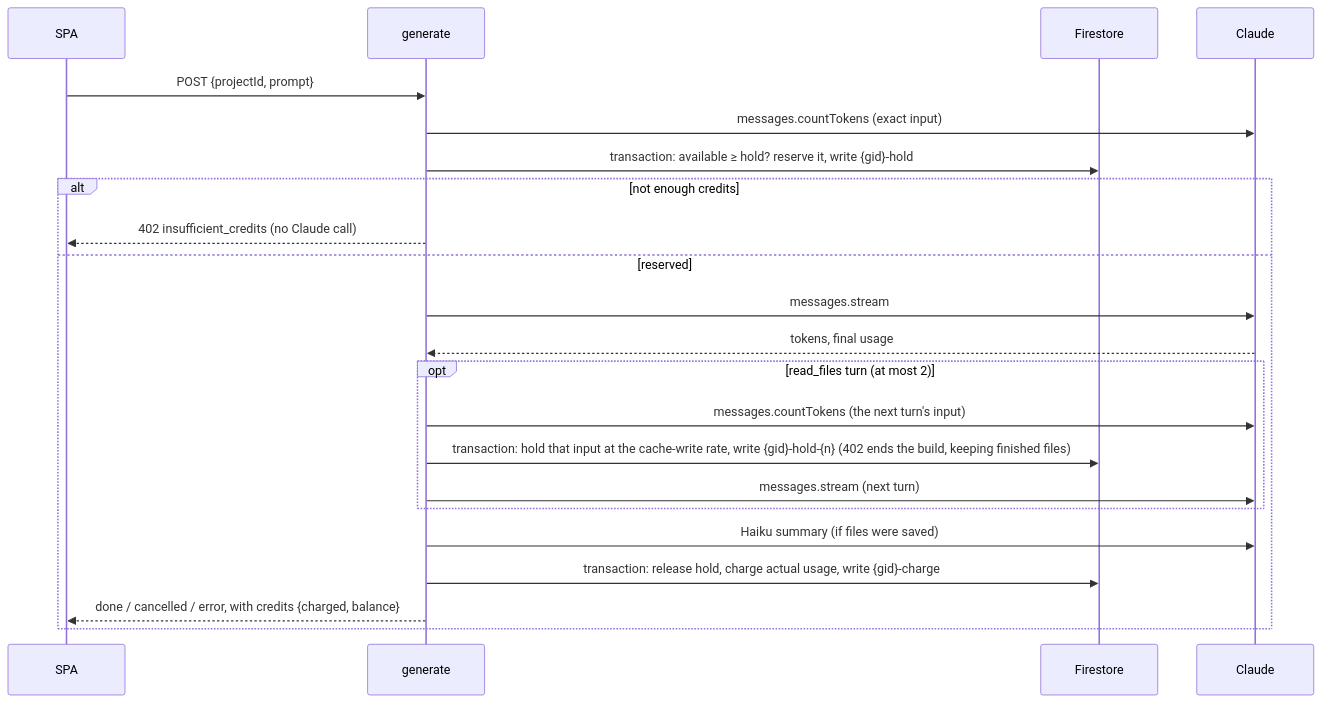
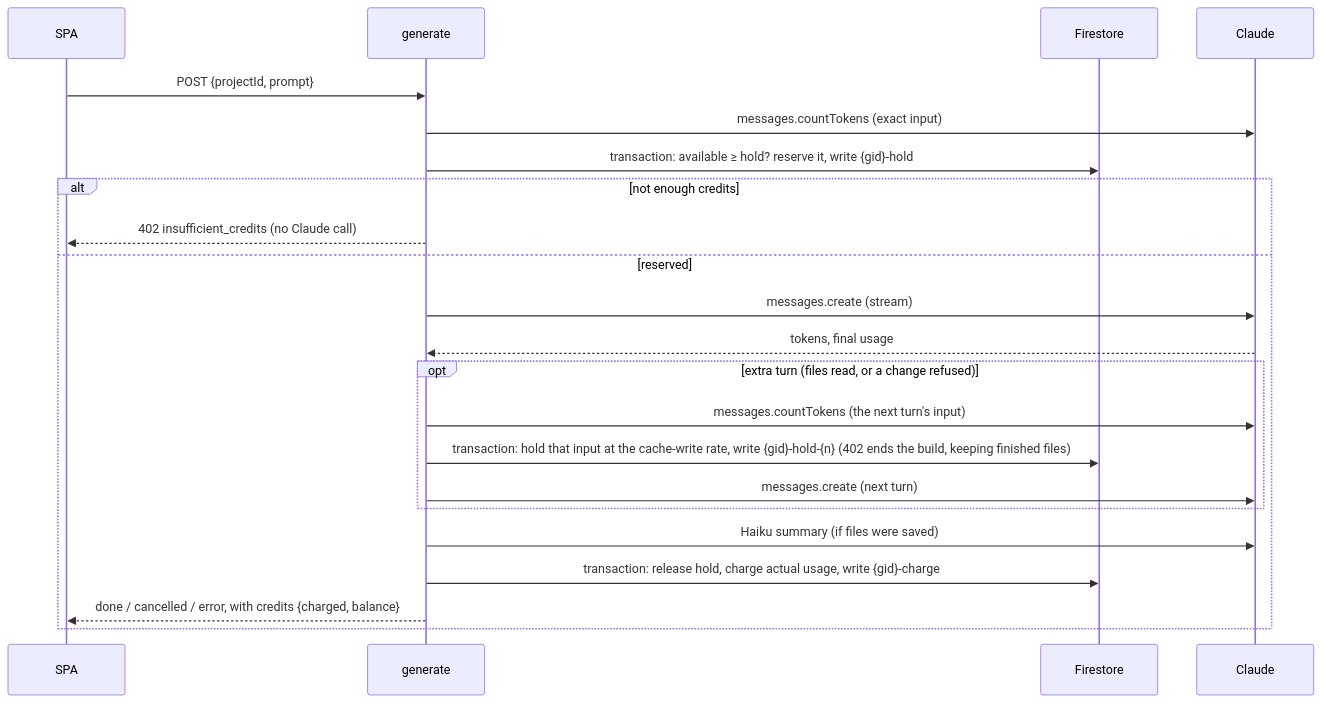
Before and after one commit to nirmalbenny/genesis: the fifth of 6 diagrams in docs/ARCHITECTURE.md, drawn with Mermaid. The commit also changed other lines of this file and 41 other files, not shown here.

````diff
--- a/docs/ARCHITECTURE.md
+++ b/docs/ARCHITECTURE.md
@@ -416,24 +425,24 @@
 ```mermaid
 sequenceDiagram
   participant SPA
   participant G as generate
   participant FS as Firestore
   participant CL as Claude
   SPA->>G: POST {projectId, prompt}
   G->>CL: messages.countTokens (exact input)
   G->>FS: transaction: available ≥ hold? reserve it, write {gid}-hold
   alt not enough credits
     G-->>SPA: 402 insufficient_credits (no Claude call)
   else reserved
-    G->>CL: messages.stream
+    G->>CL: messages.create (stream)
     CL-->>G: tokens, final usage
-    opt read_files turn (at most 2)
+    opt extra turn (files read, or a change refused)
       G->>CL: messages.countTokens (the next turn's input)
       G->>FS: transaction: hold that input at the cache-write rate, write {gid}-hold-{n} (402 ends the build, keeping finished files)
-      G->>CL: messages.stream (next turn)
+      G->>CL: messages.create (next turn)
     end
     G->>CL: Haiku summary (if files were saved)
     G->>FS: transaction: release hold, charge actual usage, write {gid}-charge
     G-->>SPA: done / cancelled / error, with credits {charged, balance}
   end
 ```
````
